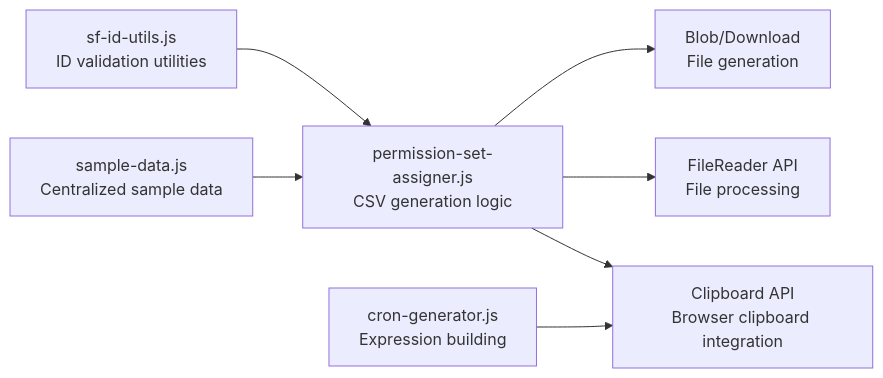
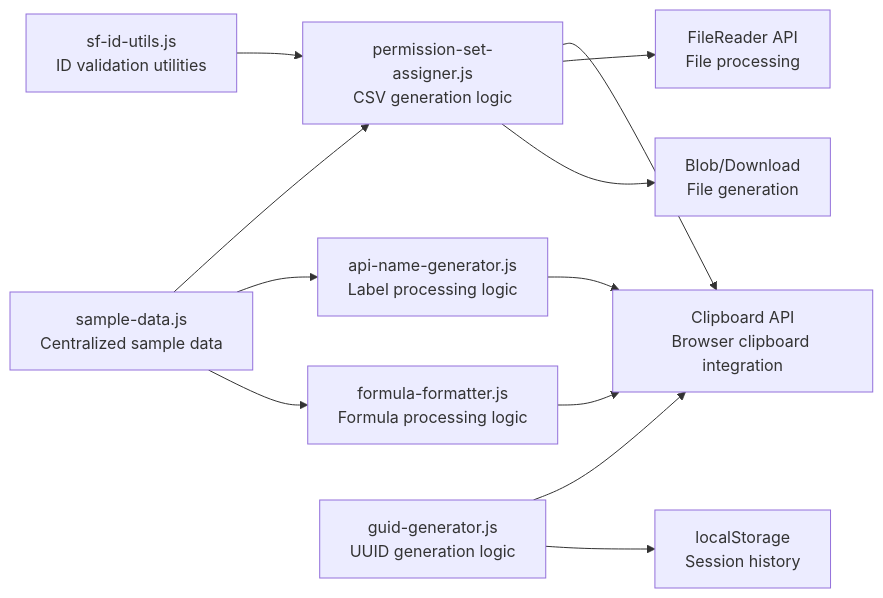
The eighth of 9 diagrams in .qoder/repowiki/en/content/Administrative Tools/Administrative Tools.md (escaleraalcielo/developer-utilities), drawn with Mermaid before and after one commit. The commit also changed other lines of this file and 3 other files, not shown here.

````diff
--- a/.qoder/repowiki/en/content/Administrative Tools/Administrative Tools.md
+++ b/.qoder/repowiki/en/content/Administrative Tools/Administrative Tools.md
@@ -265,9 +399,14 @@
 ```mermaid
 graph LR
 SampleData["sample-data.js<br/>Centralized sample data"] --> PermAssigner["permission-set-assigner.js<br/>CSV generation logic"]
+SampleData --> APINameGen["api-name-generator.js<br/>Label processing logic"]
+SampleData --> FormulaFmt["formula-formatter.js<br/>Formula processing logic"]
 SFUtils["sf-id-utils.js<br/>ID validation utilities"] --> PermAssigner
 PermAssigner --> Clipboard["Clipboard API<br/>Browser clipboard integration"]
 PermAssigner --> FileReader["FileReader API<br/>File processing"]
 PermAssigner --> Blob["Blob/Download<br/>File generation"]
-CronGen["cron-generator.js<br/>Expression building"] --> Clipboard
+GUIDGen["guid-generator.js<br/>UUID generation logic"] --> Clipboard
+GUIDGen --> History["localStorage<br/>Session history"]
+APINameGen --> Clipboard
+FormulaFmt --> Clipboard
 ```
````
